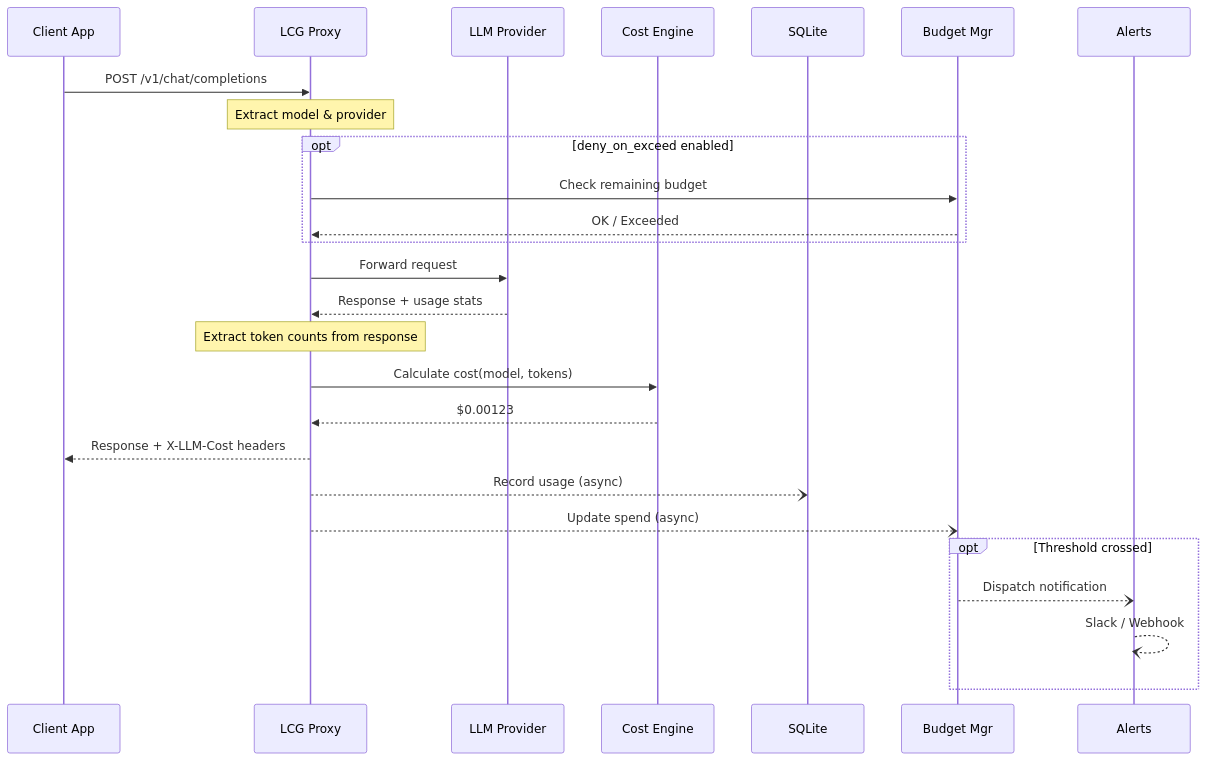
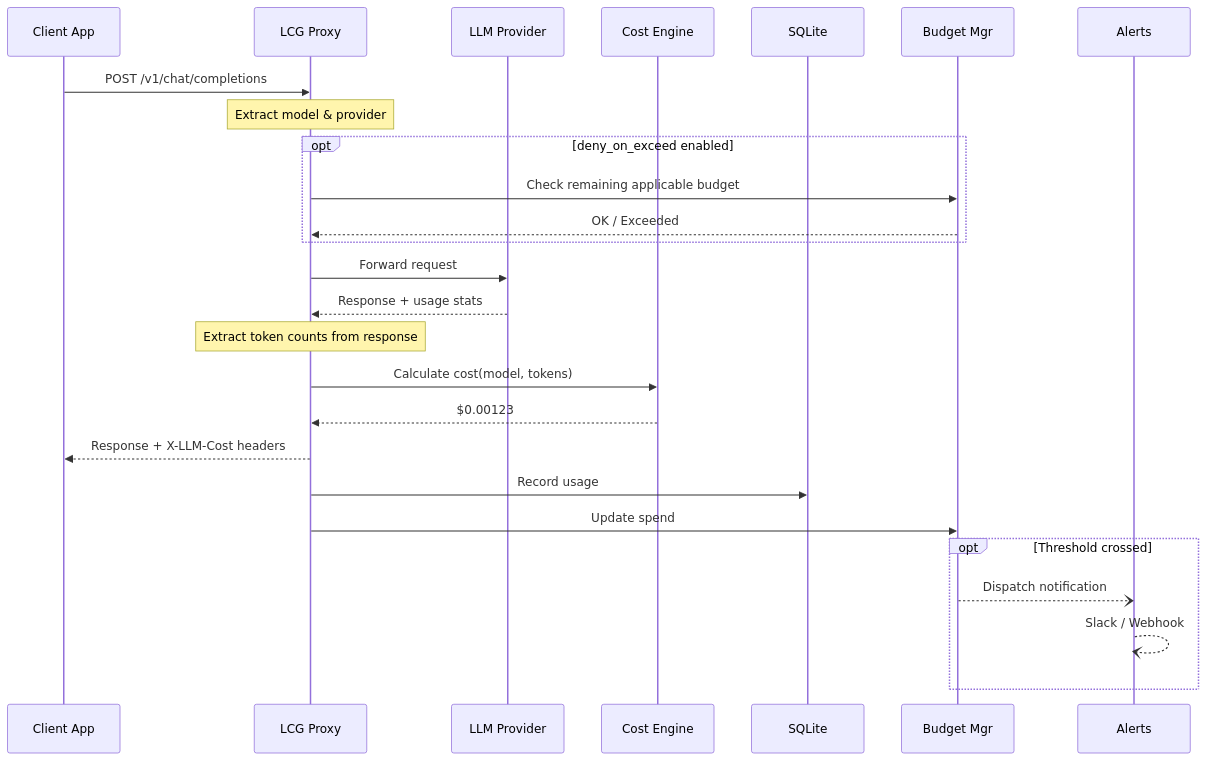
Before and after one commit to ogulcanaydogan/LLM-Cost-Guardian: the second of 3 diagrams in README.md, drawn with Mermaid. The commit also changed other lines of this file and 41 other files, not shown here.

````diff
--- a/README.md
+++ b/README.md
@@ -158,36 +160,36 @@
 ```mermaid
 sequenceDiagram
     participant App as Client App
     participant Proxy as LCG Proxy
     participant LLM as LLM Provider
     participant Engine as Cost Engine
     participant DB as SQLite
     participant Budget as Budget Mgr
     participant Alert as Alerts
 
     App->>Proxy: POST /v1/chat/completions
     Note over Proxy: Extract model & provider
 
     opt deny_on_exceed enabled
-        Proxy->>Budget: Check remaining budget
+        Proxy->>Budget: Check remaining applicable budget
         Budget-->>Proxy: OK / Exceeded
     end
 
     Proxy->>LLM: Forward request
     LLM-->>Proxy: Response + usage stats
 
     Note over Proxy: Extract token counts from response
 
     Proxy->>Engine: Calculate cost(model, tokens)
     Engine-->>Proxy: $0.00123
 
     Proxy-->>App: Response + X-LLM-Cost headers
 
-    Proxy--)DB: Record usage (async)
-    Proxy--)Budget: Update spend (async)
+    Proxy->>DB: Record usage
+    Proxy->>Budget: Update spend
 
     opt Threshold crossed
         Budget--)Alert: Dispatch notification
         Alert--)Alert: Slack / Webhook
     end
 ```
````
